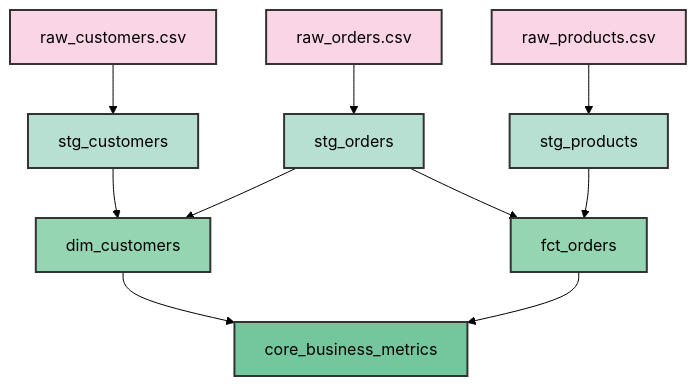
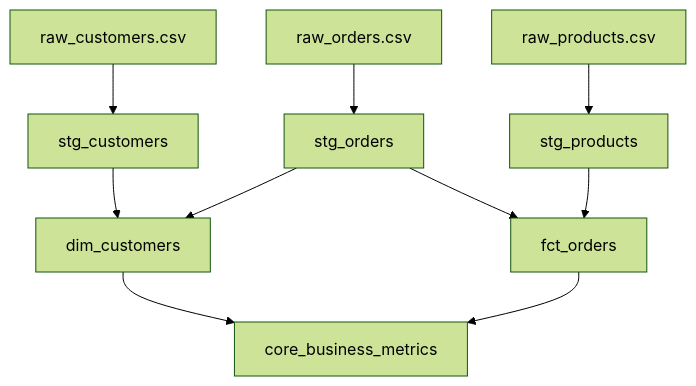
Before and after one commit to rafarngt/dbt-duckdb-analytics-kit: the third of 3 diagrams in README.md, drawn with Mermaid (forest theme). The commit also changed other lines of this file, not shown here.

````diff
--- a/README.md
+++ b/README.md
@@ -300,22 +282,13 @@
 ```mermaid
 flowchart TD
     A[raw_customers.csv] --> B[stg_customers]
     C[raw_orders.csv] --> D[stg_orders]
     E[raw_products.csv] --> F[stg_products]
     B --> G[dim_customers]
     D --> G
     D --> H[fct_orders]
     F --> H
     G --> I[core_business_metrics]
     H --> I
     
-    style A fill:#f9d5e5,stroke:#333,stroke-width:2px
-    style B fill:#b8e0d2,stroke:#333,stroke-width:2px
-    style C fill:#f9d5e5,stroke:#333,stroke-width:2px
-    style D fill:#b8e0d2,stroke:#333,stroke-width:2px
-    style E fill:#f9d5e5,stroke:#333,stroke-width:2px
-    style F fill:#b8e0d2,stroke:#333,stroke-width:2px
-    style G fill:#95d5b2,stroke:#333,stroke-width:2px
-    style H fill:#95d5b2,stroke:#333,stroke-width:2px
-    style I fill:#74c69d,stroke:#333,stroke-width:2px
 ```
````
